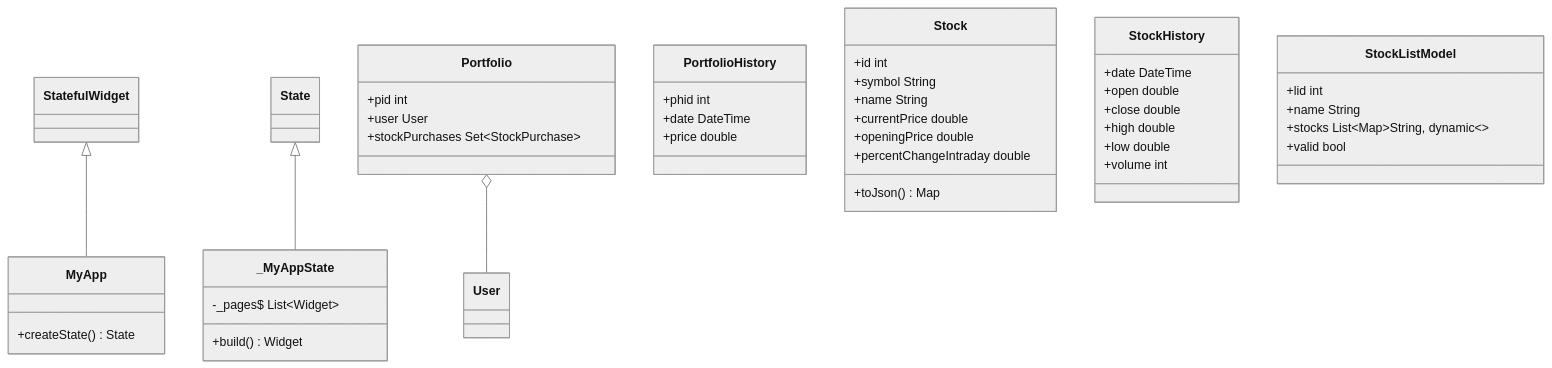
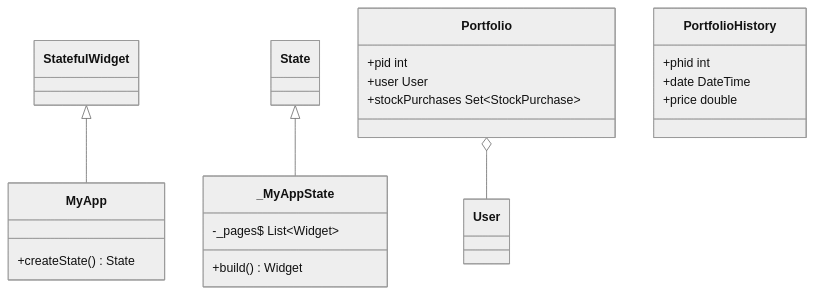
Before and after one commit to rednas-source/ExpensesApp: the diagram in README.md, drawn with Mermaid (neutral theme).

````diff
--- a/README.md
+++ b/README.md
@@ -21,45 +21,24 @@
 ```mermaid
 classDiagram
 class MyApp
 MyApp : +createState() State<MyApp>
 StatefulWidget <|-- MyApp
 
 class _MyAppState
 _MyAppState : -_pages$ List~Widget~
 _MyAppState : +build() Widget
 State <|-- _MyAppState
 
 class Portfolio
 Portfolio : +pid int
 Portfolio : +user User
 Portfolio o-- User
 Portfolio : +stockPurchases Set~StockPurchase~
 
 class PortfolioHistory
 PortfolioHistory : +phid int
 PortfolioHistory : +date DateTime
 PortfolioHistory : +price double
 
-class Stock
-Stock : +id int
-Stock : +symbol String
-Stock : +name String
-Stock : +currentPrice double
-Stock : +openingPrice double
-Stock : +percentChangeIntraday double
-Stock : +toJson() Map<String, dynamic>
 
-class StockHistory
-StockHistory : +date DateTime
-StockHistory : +open double
-StockHistory : +close double
-StockHistory : +high double
-StockHistory : +low double
-StockHistory : +volume int
-
-class StockListModel
-StockListModel : +lid int
-StockListModel : +name String
-StockListModel : +stocks List~Map~String, dynamic~~
-StockListModel : +valid bool
 ```
````
